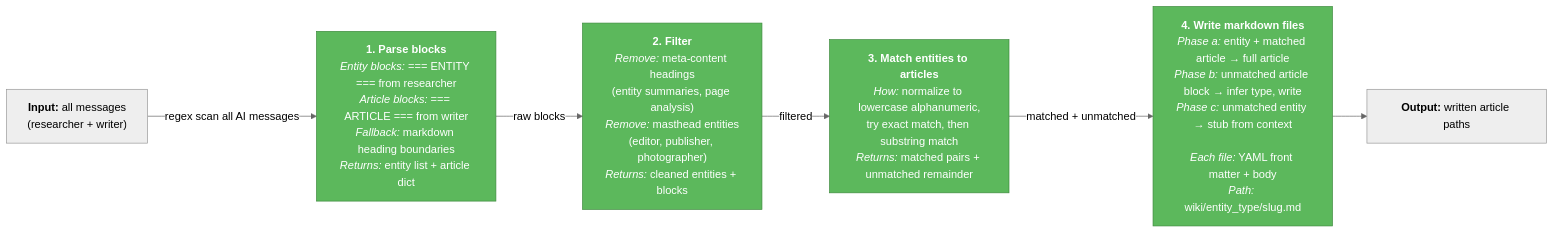
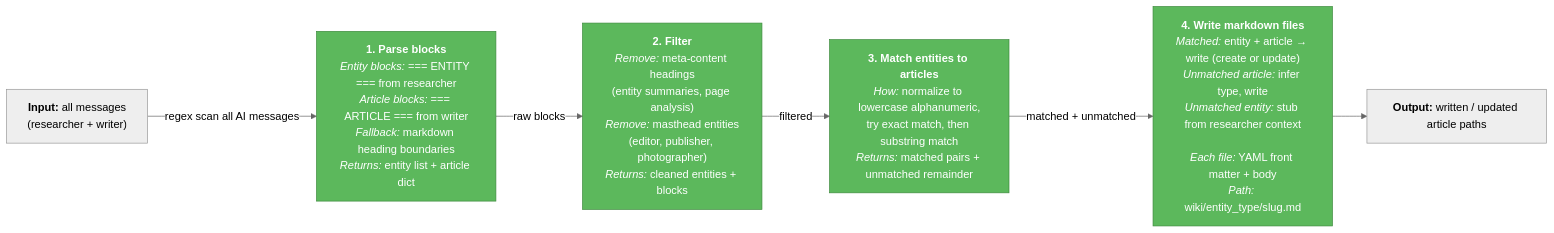
Before and after one commit to alastairrushworth/docswarm: the fourth of 4 diagrams in docs/swarm-flow.md, drawn with Mermaid (neutral theme). The commit also changed other lines of this file and 3 other files, not shown here.

````diff
--- a/docs/swarm-flow.md
+++ b/docs/swarm-flow.md
@@ -145,27 +133,27 @@
 ```mermaid
 flowchart LR
     IN["<b>Input:</b> all messages<br/>(researcher + writer)"]
 
     IN -->|"regex scan all AI messages"| S1
 
     S1["<b>1. Parse blocks</b><br/><i>Entity blocks:</i> === ENTITY === from researcher<br/><i>Article blocks:</i> === ARTICLE === from writer<br/><i>Fallback:</i> markdown heading boundaries<br/><i>Returns:</i> entity list + article dict"]
 
     S1 -->|"raw blocks"| S2
 
     S2["<b>2. Filter</b><br/><i>Remove:</i> meta-content headings<br/>(entity summaries, page analysis)<br/><i>Remove:</i> masthead entities<br/>(editor, publisher, photographer)<br/><i>Returns:</i> cleaned entities + blocks"]
 
     S2 -->|"filtered"| S3
 
     S3["<b>3. Match entities to articles</b><br/><i>How:</i> normalize to lowercase alphanumeric,<br/>try exact match, then substring match<br/><i>Returns:</i> matched pairs + unmatched remainder"]
 
     S3 -->|"matched + unmatched"| S4
 
-    S4["<b>4. Write markdown files</b><br/><i>Phase a:</i> entity + matched article &rarr; full article<br/><i>Phase b:</i> unmatched article block &rarr; infer type, write<br/><i>Phase c:</i> unmatched entity &rarr; stub from context<br/><br/><i>Each file:</i> YAML front matter + body<br/><i>Path:</i> wiki/entity_type/slug.md"]
+    S4["<b>4. Write markdown files</b><br/><i>Matched:</i> entity + article &rarr; write (create or update)<br/><i>Unmatched article:</i> infer type, write<br/><i>Unmatched entity:</i> stub from researcher context<br/><br/><i>Each file:</i> YAML front matter + body<br/><i>Path:</i> wiki/entity_type/slug.md"]
 
-    S4 --> OUT["<b>Output:</b> written article paths"]
+    S4 --> OUT["<b>Output:</b> written / updated article paths"]
 
     %% Styling
     classDef deterministic fill:#5cb85c,stroke:#3d8b3d,color:#fff
 
     class S1,S2,S3,S4 deterministic
 ```
````
